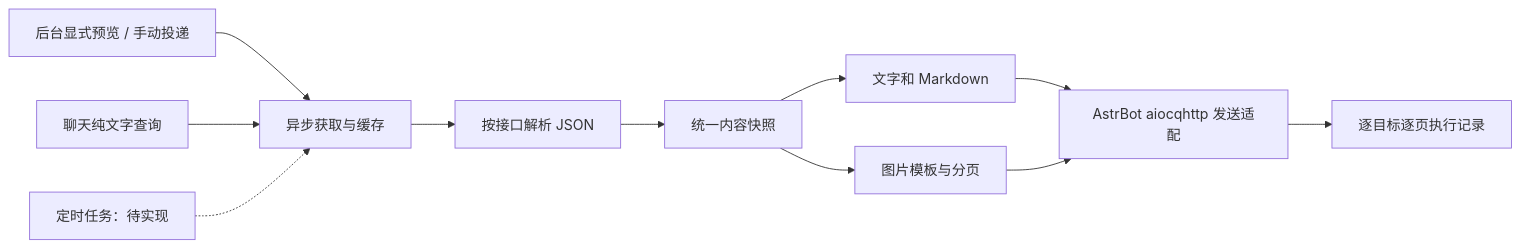
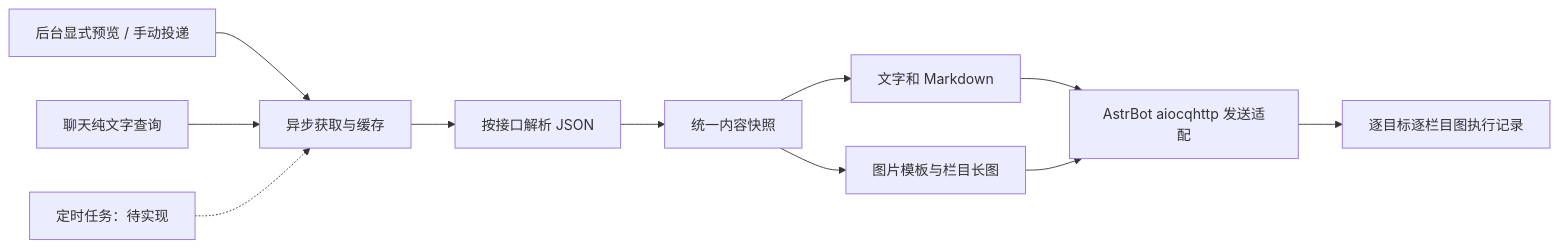
The diagram in docs/architecture.md (littleseven2003/astrbot_plugin_60sapi_hub), drawn with Mermaid before and after one commit. The commit also changed other lines of this file and 7 other files, not shown here.

Commit message:
docs: 将分页图片描述更新为每栏目一张长图

````diff
--- a/docs/architecture.md
+++ b/docs/architecture.md
@@ -7,13 +7,13 @@
 ```mermaid
 flowchart LR
     A[后台显式预览 / 手动投递] --> B[异步获取与缓存]
     P[聊天纯文字查询] --> B
     Q[定时任务：待实现] -.-> B
     B --> C[按接口解析 JSON]
     C --> D[统一内容快照]
     D --> E[文字和 Markdown]
-    D --> F[图片模板与分页]
+    D --> F[图片模板与栏目长图]
     E --> G[AstrBot aiocqhttp 发送适配]
     F --> G
-    G --> H[逐目标逐页执行记录]
+    G --> H[逐目标逐栏目图执行记录]
 ```
````
